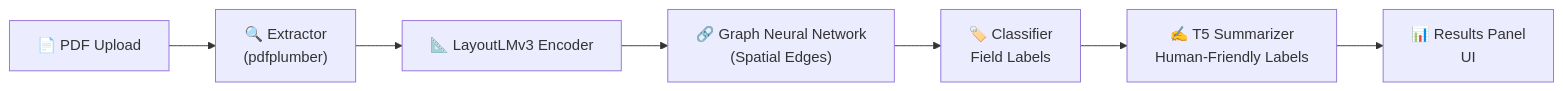
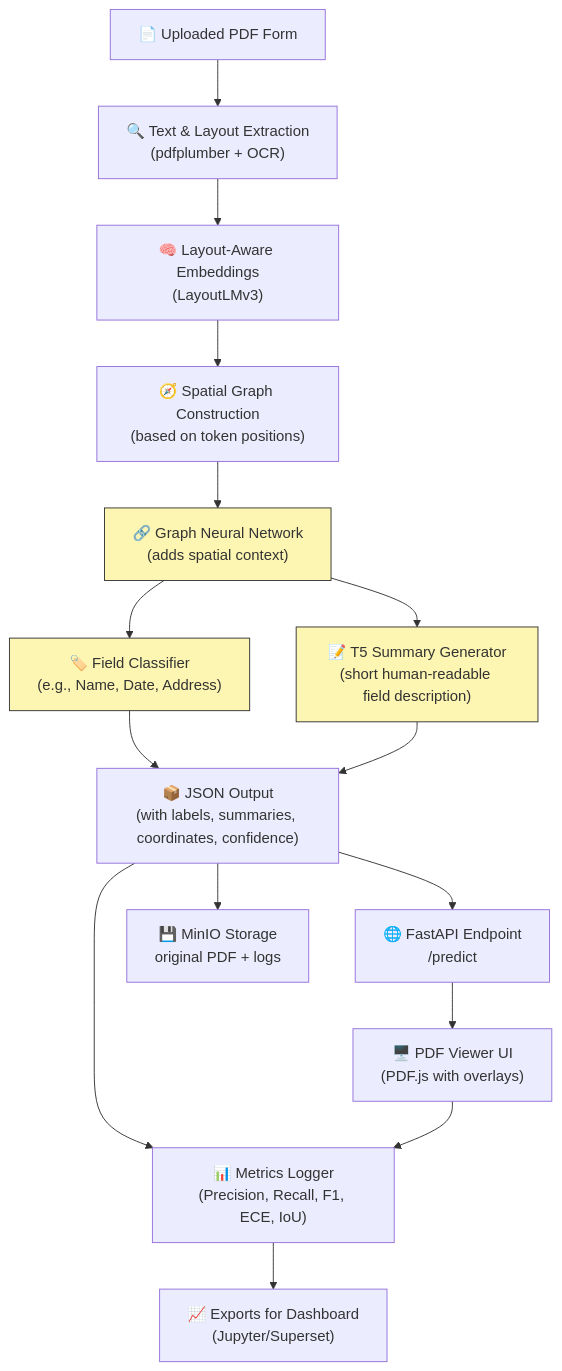
One commit to RastyFullStaxx/IntelliForm changed the diagram in README.md. Above: the diagram before and after it, drawn with Mermaid. The commit also changed 1 other file, not shown here.

Commit message:
docs: fix README.md Mermaid diagram syntax and update documentation

````diff
--- a/README.md
+++ b/README.md
@@ -31,9 +31,35 @@
 ```mermaid
-flowchart LR
-    A["📄 PDF Upload"] --> B["🔍 Extractor<br/>(pdfplumber)"]
-    B --> C["📐 LayoutLMv3 Encoder"]
-    C --> D["🔗 Graph Neural Network<br/>(Spatial Edges)"]
-    D --> E["🏷️ Classifier<br/>Field Labels"]
-    E --> F["✍️ T5 Summarizer<br/>Human‑Friendly Labels"]
-    F --> G["📊 Results Panel<br/>UI"]
+flowchart TD
+
+    %% Input
+    A["📄 Uploaded PDF Form"] --> B["🔍 Text & Layout Extraction<br>(pdfplumber + OCR)"]
+
+    %% Encoding & Graph
+    B --> C["🧠 Layout-Aware Embeddings<br>(LayoutLMv3)"]
+    C --> D["🧭 Spatial Graph Construction<br>(based on token positions)"]
+    D --> E["🔗 Graph Neural Network<br>(adds spatial context)"]
+
+    %% Dual Head (Custom)
+    E --> F1["🏷️ Field Classifier<br>(e.g., Name, Date, Address)"]
+    E --> F2["📝 T5 Summary Generator<br>(short human-readable field description)"]
+
+    %% Output
+    F1 --> G["📦 JSON Output<br>(with labels, summaries, coordinates, confidence)"]
+    F2 --> G
+
+    %% Gateway
+    G --> H["🌐 FastAPI Endpoint<br>/predict"]
+    G --> I["💾 MinIO Storage<br>original PDF + logs"]
+
+    %% Interface
+    H --> J["🖥️ PDF Viewer UI<br>(PDF.js with overlays)"]
+
+    %% Monitoring
+    G --> K["📊 Metrics Logger<br>(Precision, Recall, F1, ECE, IoU)"]
+    J --> K
+    K --> L["📈 Exports for Dashboard<br>(Jupyter/Superset)"]
+
+    %% Highlight custom work
+    classDef custom fill:#FDF6B2,stroke:#333,stroke-width:1px;
+    class F1,F2,E custom;
 ```
````
